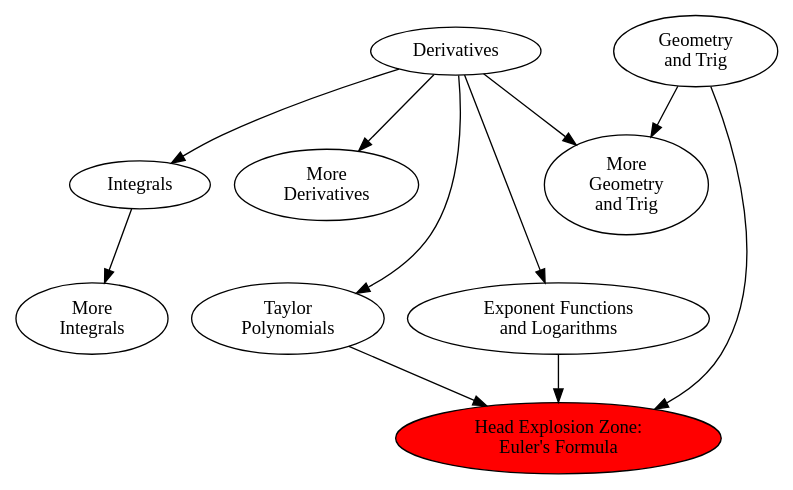
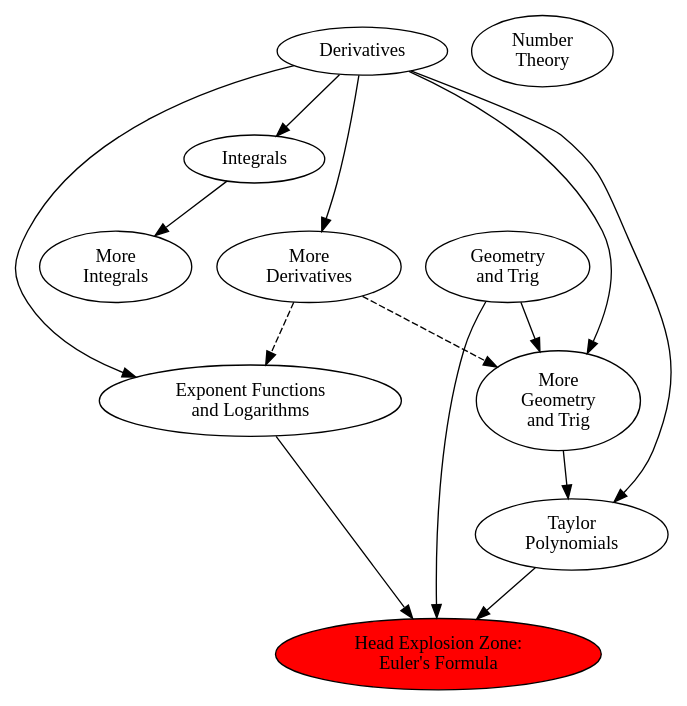
One commit to Akuli/math-tutorial changed the diagram in chaptergraph.dot. Above: the diagram before and after it, drawn with Graphviz. The commit also changed 1 other file, not shown here.

```diff
--- a/chaptergraph.dot
+++ b/chaptergraph.dot
@@ -1,24 +1,25 @@
 digraph chapters {
     derivatives [label="Derivatives"];
     geometry_and_trig [label="Geometry\nand Trig"];
-    //numbertheory [label="Number Theory"];
+    numbertheory [label="Number\nTheory"];
     integrals [label="Integrals"];
     more_integrals [label="More\nIntegrals"];
     more_derivatives [label="More\nDerivatives"];
     more_geometry_and_trig [label="More\nGeometry\nand Trig"];
     explog [label="Exponent Functions\nand Logarithms"];
     taylor [label="Taylor\nPolynomials"];
     eulerformula [label="Head Explosion Zone:\nEuler's Formula" style=filled fillcolor=red];
 
     geometry_and_trig -> more_geometry_and_trig;
     derivatives -> more_geometry_and_trig;
+    more_geometry_and_trig -> taylor;
+    derivatives -> taylor -> eulerformula;
     derivatives -> more_derivatives;
     derivatives -> explog;
-    //more_derivatives -> explog [style=dashed];
-    //more_derivatives -> more_geometry_and_trig [style=dashed];
     derivatives -> integrals -> more_integrals;
-    derivatives -> taylor -> eulerformula;
     geometry_and_trig -> eulerformula;
     explog -> eulerformula;
-    integrals -> taylor [color=transparent];        // alignment hack
+    more_derivatives -> explog [style=dashed];
+    more_derivatives -> more_geometry_and_trig [style=dashed];
+    integrals -> more_derivatives [color=transparent];    // alignment hack
 }
```
